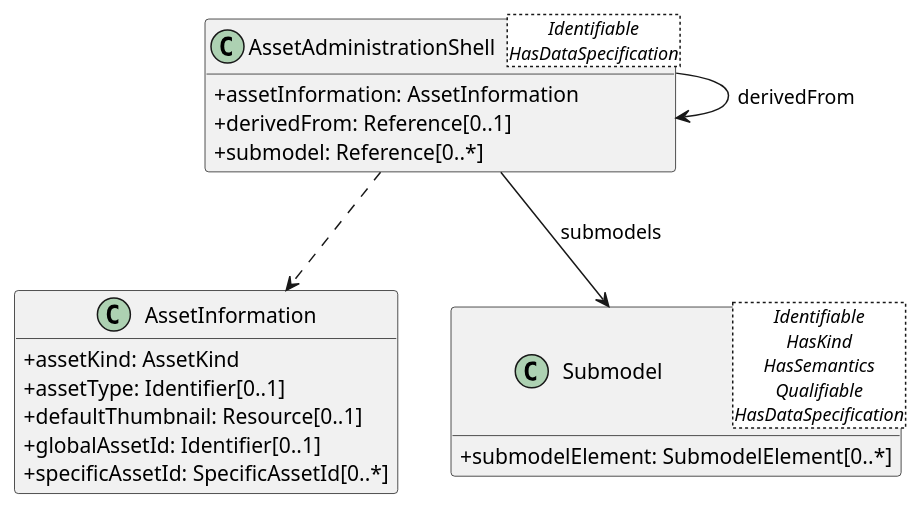
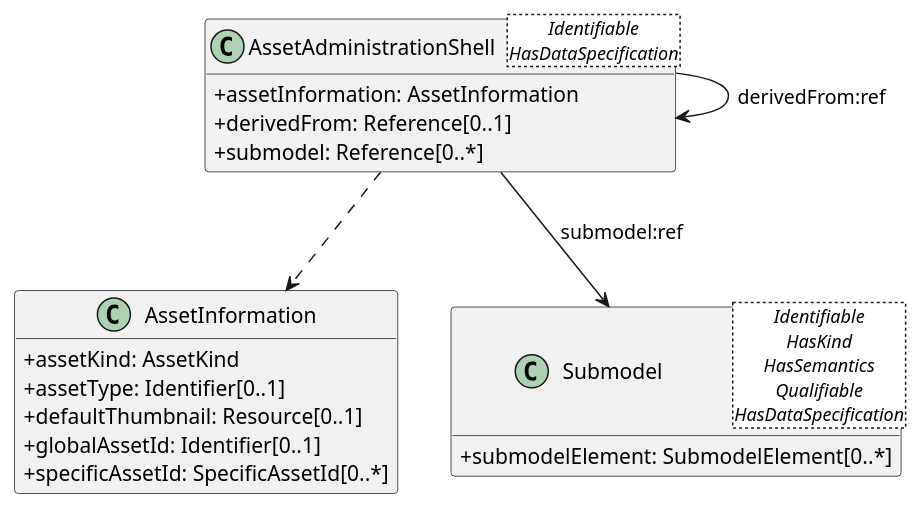
Before and after one commit to zrgt/py2puml: the diagram in output/23_AssetAdministrationShell.puml, drawn with PlantUML. The commit also changed 7 other files, not shown here.

```diff
--- a/output/23_AssetAdministrationShell.puml
+++ b/output/23_AssetAdministrationShell.puml
@@ -1,23 +1,23 @@
 @startuml
 skinparam classAttributeIconSize 0
 hide methods
 
 class AssetAdministrationShell<Identifiable\nHasDataSpecification> {
   +assetInformation: AssetInformation 
   +derivedFrom: Reference[0..1] 
   +submodel: Reference[0..*] 
 }
 class AssetInformation {
   +assetKind: AssetKind 
   +assetType: Identifier[0..1] 
   +defaultThumbnail: Resource[0..1] 
   +globalAssetId: Identifier[0..1] 
   +specificAssetId: SpecificAssetId[0..*] 
 }
 class Submodel<Identifiable\nHasKind\nHasSemantics\nQualifiable\nHasDataSpecification> {
   +submodelElement: SubmodelElement[0..*] 
 }
 AssetAdministrationShell ..> AssetInformation
-AssetAdministrationShell --> Submodel : submodels
-AssetAdministrationShell --> AssetAdministrationShell : derivedFrom
+AssetAdministrationShell --> Submodel : submodel:ref
+AssetAdministrationShell --> AssetAdministrationShell : derivedFrom:ref
 @enduml
```
